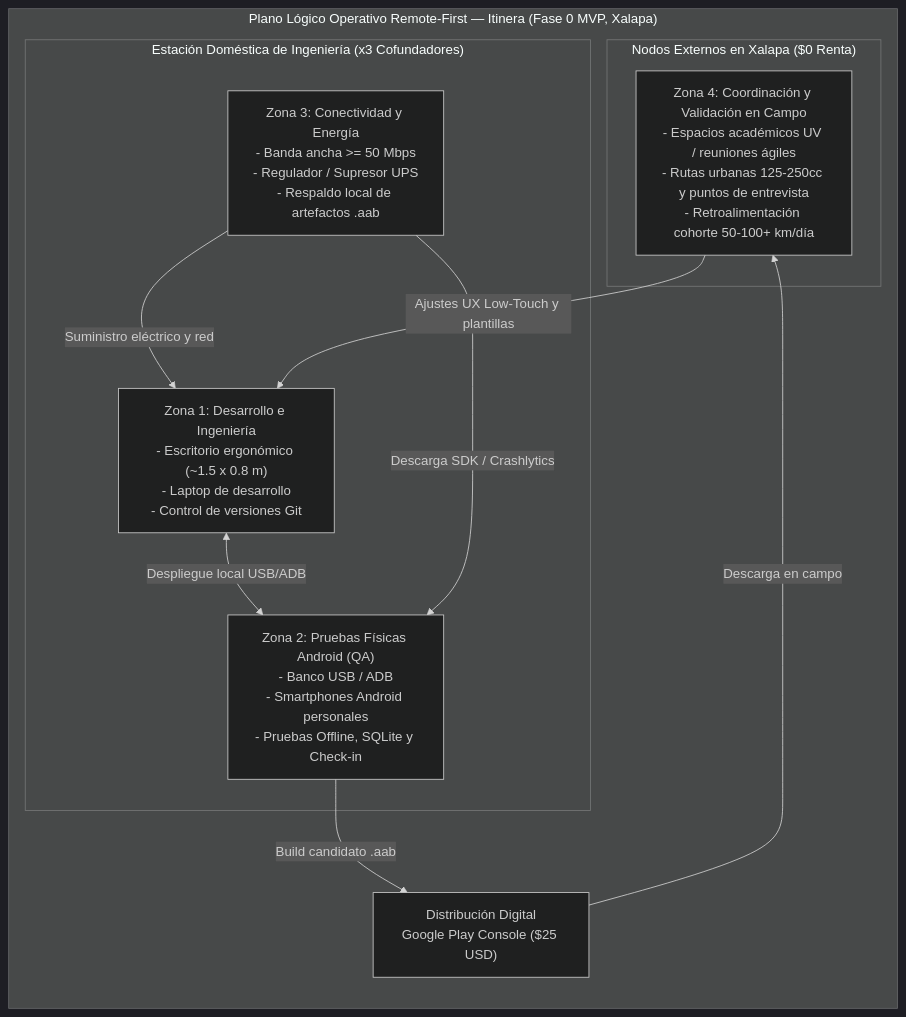
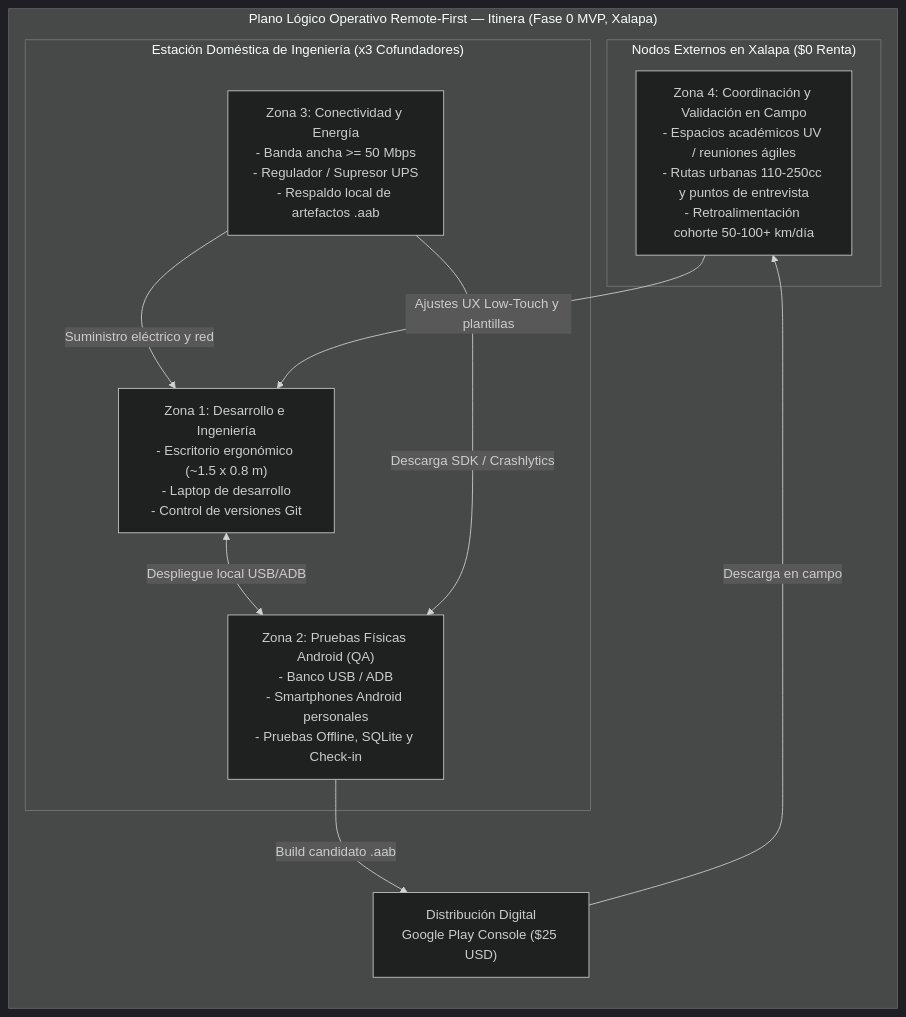
One commit to OGShawnLee/Itinera changed the first of 4 diagrams in .routing/academic/TECHNICAL_STUDY.md. Above: the diagram before and after it, drawn with Mermaid (dark theme). The commit also changed other lines of this file and 19 other files, not shown here.

````diff
--- a/.routing/academic/TECHNICAL_STUDY.md
+++ b/.routing/academic/TECHNICAL_STUDY.md
@@ -107,22 +107,22 @@
 ```mermaid
 flowchart LR
     subgraph OperacionRemoteFirst["Plano Lógico Operativo Remote-First — Itinera (Fase 0 MVP, Xalapa)"]
         direction TB
         subgraph Estacion["Estación Doméstica de Ingeniería (x3 Cofundadores)"]
             Z1["Zona 1: Desarrollo e Ingeniería\n- Escritorio ergonómico (~1.5 x 0.8 m)\n- Laptop de desarrollo\n- Control de versiones Git"]
             Z2["Zona 2: Pruebas Físicas Android (QA)\n- Banco USB / ADB\n- Smartphones Android personales\n- Pruebas Offline, SQLite y Check-in"]
             Z3["Zona 3: Conectividad y Energía\n- Banda ancha >= 50 Mbps\n- Regulador / Supresor UPS\n- Respaldo local de artefactos .aab"]
             Z1 <-->|"Despliegue local USB/ADB"| Z2
             Z3 -->|"Suministro eléctrico y red"| Z1
             Z3 -->|"Descarga SDK / Crashlytics"| Z2
         end
 
         subgraph Campo["Nodos Externos en Xalapa ($0 Renta)"]
-            Z4["Zona 4: Coordinación y Validación en Campo\n- Espacios académicos UV / reuniones ágiles\n- Rutas urbanas 125-250cc y puntos de entrevista\n- Retroalimentación cohorte 50-100+ km/día"]
+            Z4["Zona 4: Coordinación y Validación en Campo\n- Espacios académicos UV / reuniones ágiles\n- Rutas urbanas 110-250cc y puntos de entrevista\n- Retroalimentación cohorte 50-100+ km/día"]
         end
 
         Z2 -->|"Build candidato .aab"| Play["Distribución Digital\nGoogle Play Console ($25 USD)"]
         Play -->|"Descarga en campo"| Z4
         Z4 -->|"Ajustes UX Low-Touch y plantillas"| Z1
     end
 ```
````
